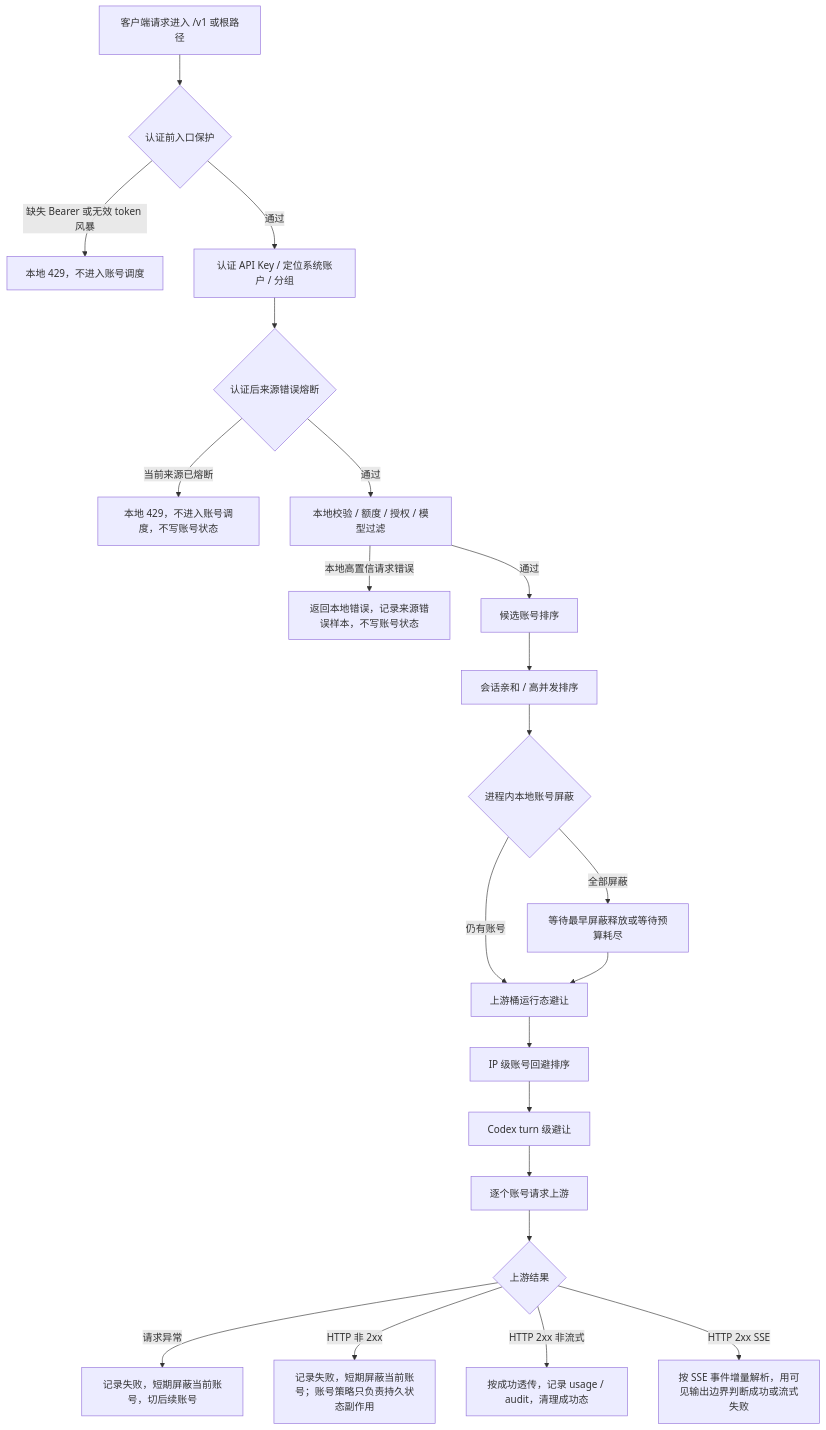
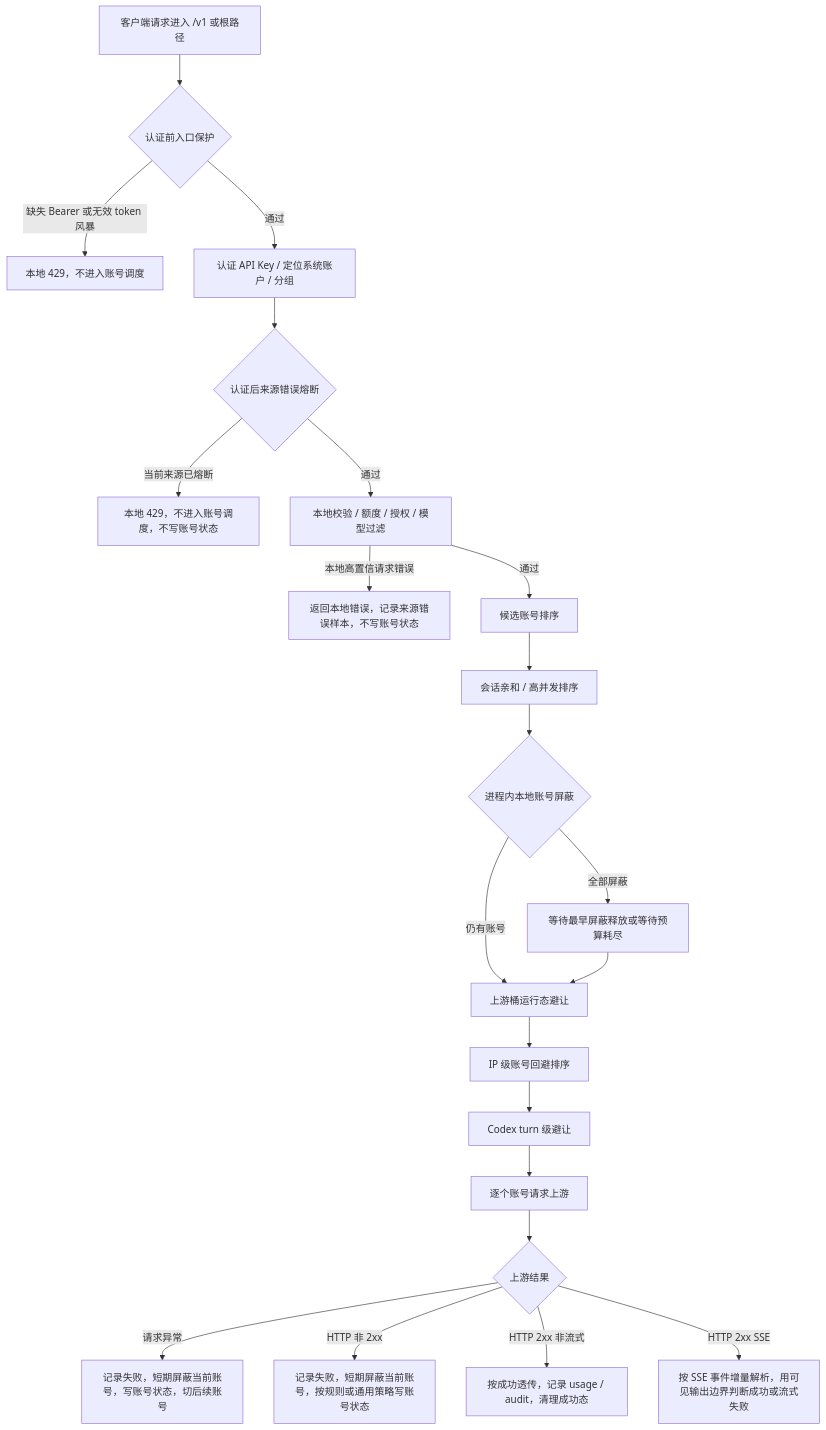
Before and after one commit to huanmin123/juhe-ai: the diagram in docs/functions/网关错误处理完整链路.md, drawn with Mermaid. The commit also changed other lines of this file and 48 other files, not shown here.

````diff
--- a/docs/functions/网关错误处理完整链路.md
+++ b/docs/functions/网关错误处理完整链路.md
@@ -47,24 +41,24 @@
 ```mermaid
 flowchart TD
   A["客户端请求进入 /v1 或根路径"] --> B{"认证前入口保护"}
   B -- "缺失 Bearer 或无效 token 风暴" --> B1["本地 429，不进入账号调度"]
   B -- "通过" --> C["认证 API Key / 定位系统账户 / 分组"]
   C --> D{"认证后来源错误熔断"}
   D -- "当前来源已熔断" --> D1["本地 429，不进入账号调度，不写账号状态"]
   D -- "通过" --> E["本地校验 / 额度 / 授权 / 模型过滤"]
   E -- "本地高置信请求错误" --> E1["返回本地错误，记录来源错误样本，不写账号状态"]
   E -- "通过" --> F["候选账号排序"]
   F --> F1["会话亲和 / 高并发排序"]
   F1 --> F2{"进程内本地账号屏蔽"}
   F2 -- "仍有账号" --> F3["上游桶运行态避让"]
   F2 -- "全部屏蔽" --> F2A["等待最早屏蔽释放或等待预算耗尽"]
   F2A --> F3
   F3 --> F4["IP 级账号回避排序"]
   F4 --> F5["Codex turn 级避让"]
   F5 --> G["逐个账号请求上游"]
   G --> H{"上游结果"}
-  H -- "请求异常" --> I["记录失败，短期屏蔽当前账号，切后续账号"]
-  H -- "HTTP 非 2xx" --> J["记录失败，短期屏蔽当前账号；账号策略只负责持久状态副作用"]
+  H -- "请求异常" --> I["记录失败，短期屏蔽当前账号，写账号状态，切后续账号"]
+  H -- "HTTP 非 2xx" --> J["记录失败，短期屏蔽当前账号，按规则或通用策略写账号状态"]
   H -- "HTTP 2xx 非流式" --> K["按成功透传，记录 usage / audit，清理成功态"]
   H -- "HTTP 2xx SSE" --> L["按 SSE 事件增量解析，用可见输出边界判断成功或流式失败"]
 ```
````
